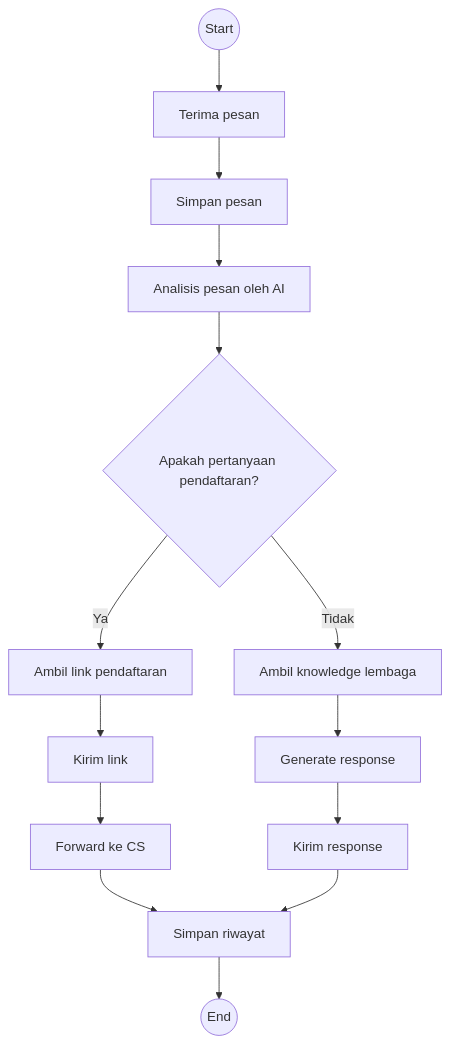
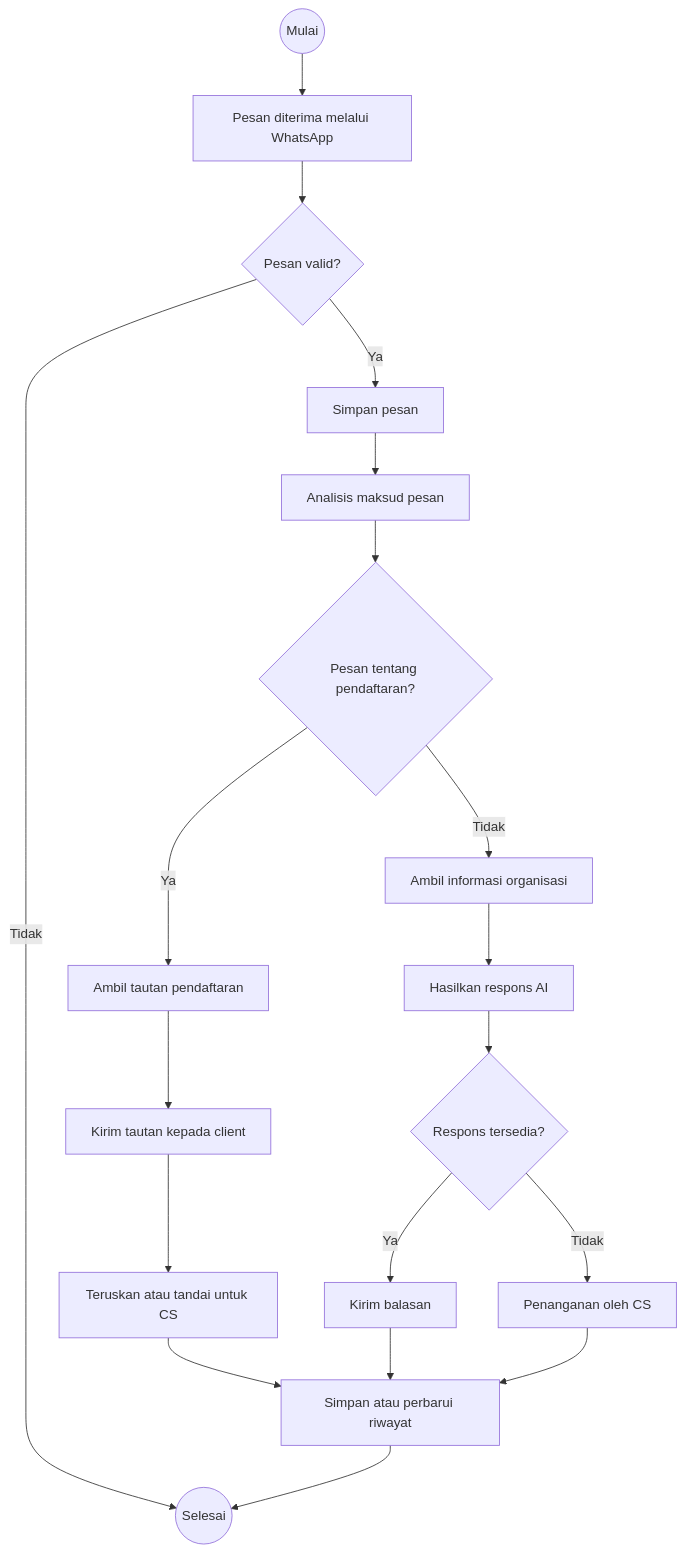
Before and after one commit to ifrosimmisbah/WABiz: the second of 4 diagrams in README.md, drawn with Mermaid. The commit also changed other lines of this file, not shown here.

````diff
--- a/README.md
+++ b/README.md
@@ -99,19 +122,41 @@
 ```mermaid
 flowchart TD
-    A((Start)) --> B[Terima pesan]
-    B --> C[Simpan pesan]
-    C --> D[Analisis pesan oleh AI]
-    D --> E{Apakah pertanyaan pendaftaran?}
+    Start((Mulai))
+    Receive[Pesan diterima melalui WhatsApp]
+    Validate{Pesan valid?}
+    Store[Simpan pesan]
+    Analyze[Analisis maksud pesan]
+    Registration{Pesan tentang pendaftaran?}
+    GetLink[Ambil tautan pendaftaran]
+    SendLink[Kirim tautan kepada client]
+    NotifyCS[Teruskan atau tandai untuk CS]
+    GetKnowledge[Ambil informasi organisasi]
+    Generate[Hasilkan respons AI]
+    Check{Respons tersedia?}
+    SendReply[Kirim balasan]
+    Manual[Penanganan oleh CS]
+    SaveHistory[Simpan atau perbarui riwayat]
+    End((Selesai))
 
-    E -- Ya --> F[Ambil link pendaftaran]
-    F --> G[Kirim link]
-    G --> H[Forward ke CS]
+    Start --> Receive
+    Receive --> Validate
+    Validate -- Tidak --> End
+    Validate -- Ya --> Store
+    Store --> Analyze
+    Analyze --> Registration
 
-    E -- Tidak --> I[Ambil knowledge lembaga]
-    I --> J[Generate response]
-    J --> K[Kirim response]
+    Registration -- Ya --> GetLink
+    GetLink --> SendLink
+    SendLink --> NotifyCS
 
-    H --> L[Simpan riwayat]
-    K --> L
-    L --> M((End))
+    Registration -- Tidak --> GetKnowledge
+    GetKnowledge --> Generate
+    Generate --> Check
+    Check -- Ya --> SendReply
+    Check -- Tidak --> Manual
+
+    NotifyCS --> SaveHistory
+    SendReply --> SaveHistory
+    Manual --> SaveHistory
+    SaveHistory --> End
 ```
````
